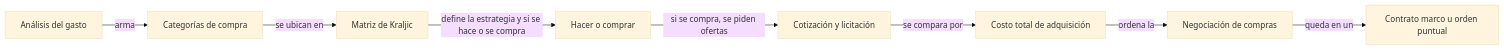
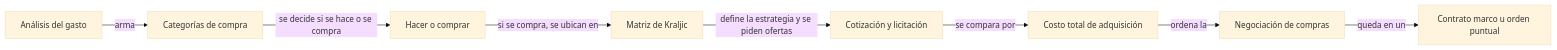
Before and after one commit to mtsdlf/conocimiento: the diagram in Compras-y-abastecimiento/Abastecimiento-estrategico/abastecimiento-estrategico.md, drawn with Mermaid (base theme). The commit also changed other lines of this file and 25 other files, not shown here.

````diff
--- a/Compras-y-abastecimiento/Abastecimiento-estrategico/abastecimiento-estrategico.md
+++ b/Compras-y-abastecimiento/Abastecimiento-estrategico/abastecimiento-estrategico.md
@@ -28,10 +30,10 @@
 ```mermaid
 flowchart LR
   G[Análisis del gasto] -->|arma| C[Categorías de compra]
-  C -->|se ubican en| K[Matriz de Kraljic]
-  K -->|define la estrategia y si se hace o se compra| H[Hacer o comprar]
-  H -->|si se compra, se piden ofertas| Q[Cotización y licitación]
+  C -->|se decide si se hace o se compra| H[Hacer o comprar]
+  H -->|si se compra, se ubican en| K[Matriz de Kraljic]
+  K -->|define la estrategia y se piden ofertas| Q[Cotización y licitación]
   Q -->|se compara por| T[Costo total de adquisición]
   T -->|ordena la| N[Negociación de compras]
   N -->|queda en un| M[Contrato marco u orden puntual]
 ```
````
